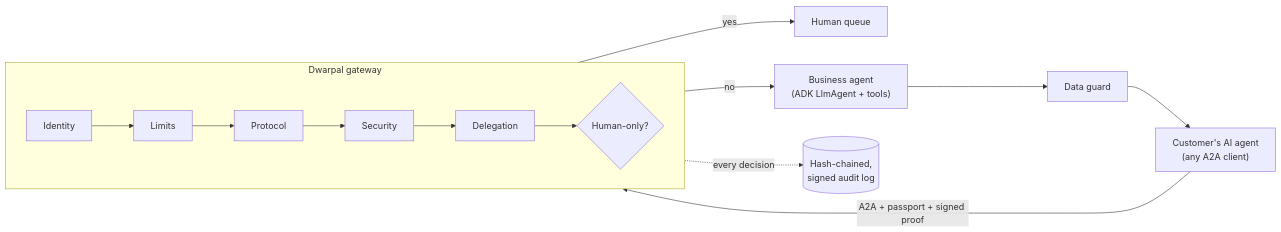
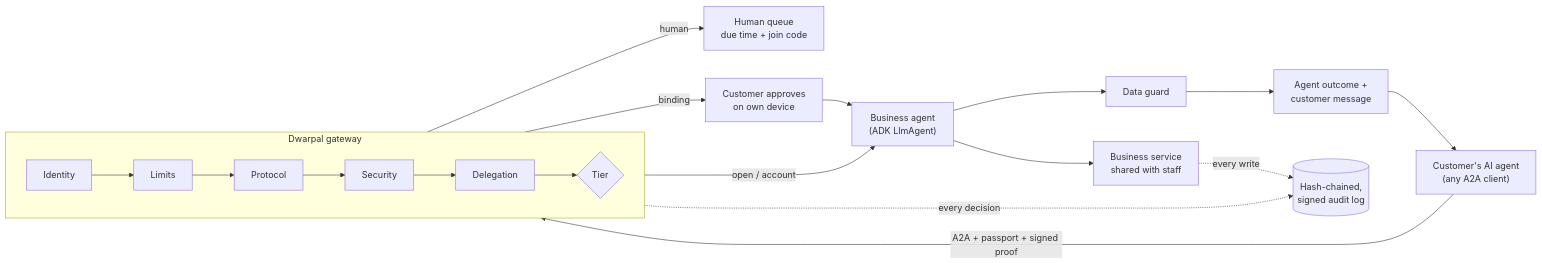
Before and after one commit to akshaynara/dwarpal: the diagram in README.md, drawn with Mermaid. The commit also changed other lines of this file and 23 other files, not shown here.

````diff
--- a/README.md
+++ b/README.md
@@ -82,12 +101,15 @@
 ```mermaid
 flowchart LR
   C["Customer's AI agent<br/>(any A2A client)"] -- "A2A + passport + signed proof" --> G
   subgraph G["Dwarpal gateway"]
     direction LR
-    I[Identity] --> L[Limits] --> P[Protocol] --> S[Security] --> D[Delegation] --> H{Human-only?}
+    I[Identity] --> L[Limits] --> P[Protocol] --> S[Security] --> D[Delegation] --> T{Tier}
   end
-  H -- yes --> Q[Human queue]
-  H -- no --> B["Business agent<br/>(ADK LlmAgent + tools)"]
-  B --> DG[Data guard] --> C
+  T -- human --> Q[Human queue<br/>due time + join code]
+  T -- binding --> U[Customer approves<br/>on own device] --> B
+  T -- open / account --> B["Business agent<br/>(ADK LlmAgent)"]
+  B --> SV[Business service<br/>shared with staff] 
+  B --> DG[Data guard] --> M[Agent outcome +<br/>customer message] --> C
   G -. every decision .-> A[(Hash-chained,<br/>signed audit log)]
+  SV -. every write .-> A
 ```
````
